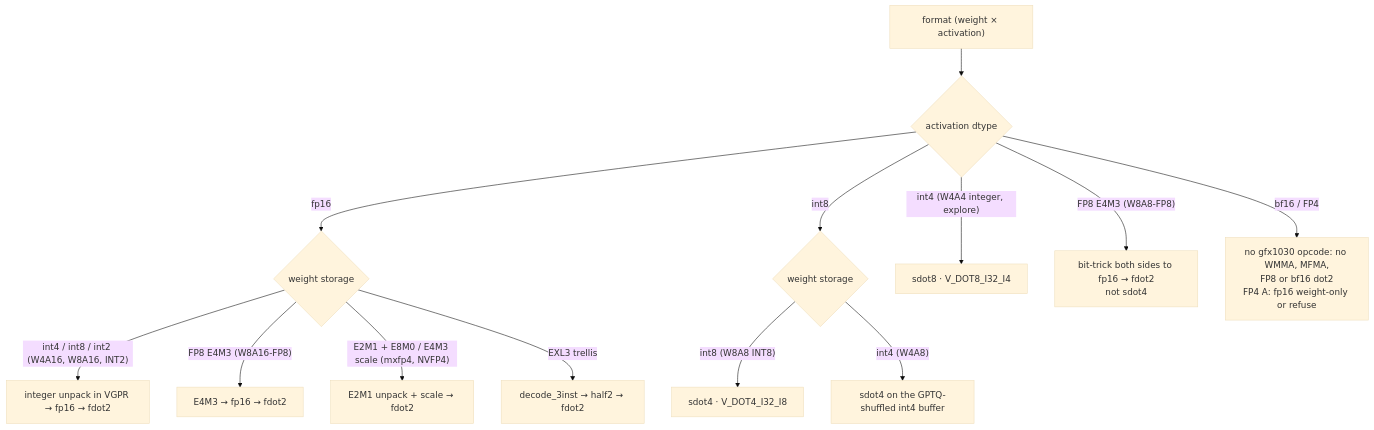
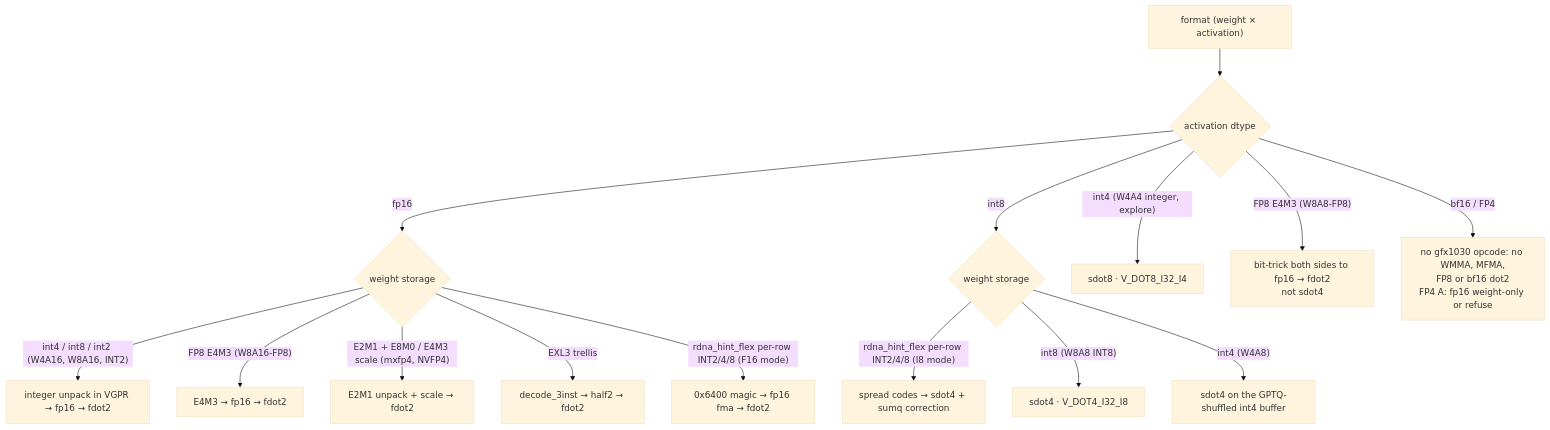
One commit to BlivionIaG/rdna-hip-wiki changed the diagram in kernels/README.md. Above: the diagram before and after it, drawn with Mermaid (base theme). The commit also changed other lines of this file and 13 other files, not shown here.

First line of the commit message:
silicon: rdna_hint_flex kernels, Q32 MoE offload epilogue, GDN FP32 norm, K2 offload stages at b7402893

````diff
--- a/kernels/README.md
+++ b/kernels/README.md
@@ -47,15 +51,17 @@
 ```mermaid
 flowchart TD
   F["format (weight × activation)"] --> A{"activation dtype"}
   A -- "fp16" --> W{"weight storage"}
   W -- "int4 / int8 / int2 (W4A16, W8A16, INT2)" --> F2["integer unpack in VGPR → fp16 → fdot2"]
   W -- "FP8 E4M3 (W8A16-FP8)" --> F2b["E4M3 → fp16 → fdot2"]
   W -- "E2M1 + E8M0 / E4M3 scale (mxfp4, NVFP4)" --> F2c["E2M1 unpack + scale → fdot2"]
   W -- "EXL3 trellis" --> F2d["decode_3inst → half2 → fdot2"]
+  W -- "rdna_hint_flex per-row INT2/4/8 (F16 mode)" --> F2f["0x6400 magic → fp16 fma → fdot2"]
   A -- "int8" --> I{"weight storage"}
+  I -- "rdna_hint_flex per-row INT2/4/8 (I8 mode)" --> S4c["spread codes → sdot4 + sumq correction"]
   I -- "int8 (W8A8 INT8)" --> S4["sdot4 · V_DOT4_I32_I8"]
   I -- "int4 (W4A8)" --> S4b["sdot4 on the GPTQ-shuffled int4 buffer"]
   A -- "int4 (W4A4 integer, explore)" --> S8["sdot8 · V_DOT8_I32_I4"]
   A -- "FP8 E4M3 (W8A8-FP8)" --> F2e["bit-trick both sides to fp16 → fdot2<br/>not sdot4"]
   A -- "bf16 / FP4" --> NO["no gfx1030 opcode: no WMMA, MFMA,<br/>FP8 or bf16 dot2<br/>FP4 A: fp16 weight-only or refuse"]
 ```
````
